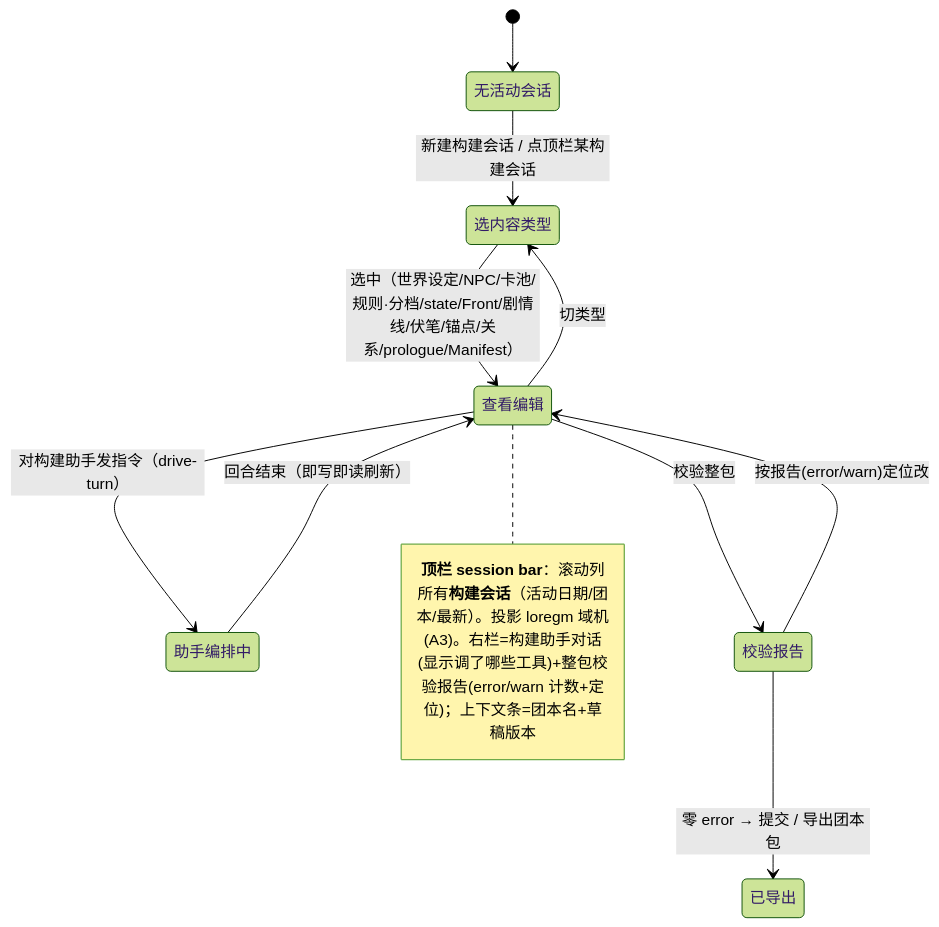
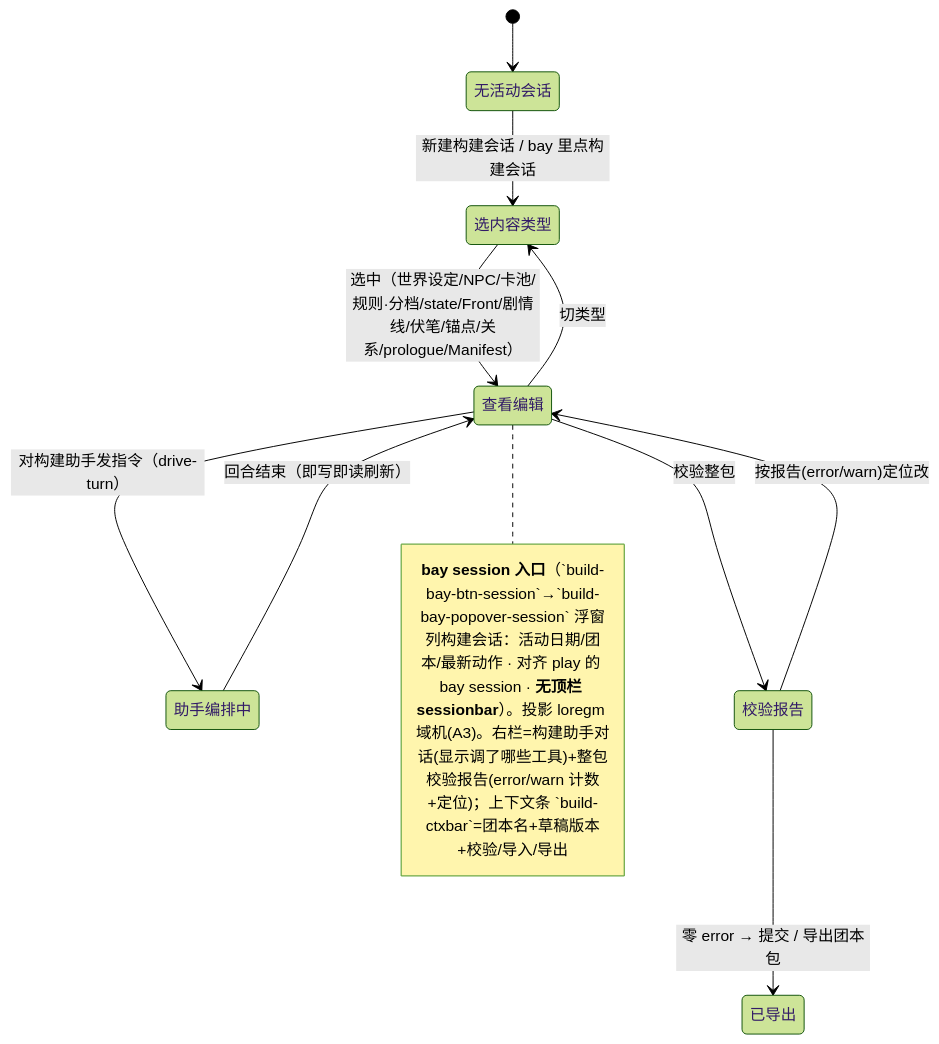
The ninth of 10 diagrams in docs/tdd/acceptance-loop-2026-07-06/0-state-machines.md (MuLeiSY2021/Dicelore), drawn with Mermaid (forest theme) before and after one commit. The commit also changed other lines of this file and 19 other files, not shown here.

````diff
--- a/docs/tdd/acceptance-loop-2026-07-06/0-state-machines.md
+++ b/docs/tdd/acceptance-loop-2026-07-06/0-state-machines.md
@@ -167,13 +171,13 @@
 ```mermaid
 stateDiagram-v2
   [*] --> 无活动会话
-  无活动会话 --> 选内容类型 : 新建构建会话 / 点顶栏某构建会话
+  无活动会话 --> 选内容类型 : 新建构建会话 / bay 里点构建会话
   选内容类型 --> 查看编辑 : 选中（世界设定/NPC/卡池/规则·分档/state/Front/剧情线/伏笔/锚点/关系/prologue/Manifest）
   查看编辑 --> 选内容类型 : 切类型
   查看编辑 --> 助手编排中 : 对构建助手发指令（drive-turn）
   助手编排中 --> 查看编辑 : 回合结束（即写即读刷新）
   查看编辑 --> 校验报告 : 校验整包
   校验报告 --> 查看编辑 : 按报告(error/warn)定位改
   校验报告 --> 已导出 : 零 error → 提交 / 导出团本包
-  note right of 查看编辑 : **顶栏 session bar**：滚动列所有**构建会话**（活动日期/团本/最新）。投影 loregm 域机(A3)。右栏=构建助手对话(显示调了哪些工具)+整包校验报告(error/warn 计数+定位)；上下文条=团本名+草稿版本
+  note right of 查看编辑 : **bay session 入口**（`build-bay-btn-session`→`build-bay-popover-session` 浮窗列构建会话：活动日期/团本/最新动作 · 对齐 play 的 bay session · **无顶栏 sessionbar**）。投影 loregm 域机(A3)。右栏=构建助手对话(显示调了哪些工具)+整包校验报告(error/warn 计数+定位)；上下文条 `build-ctxbar`=团本名+草稿版本+校验/导入/导出
 ```
````
